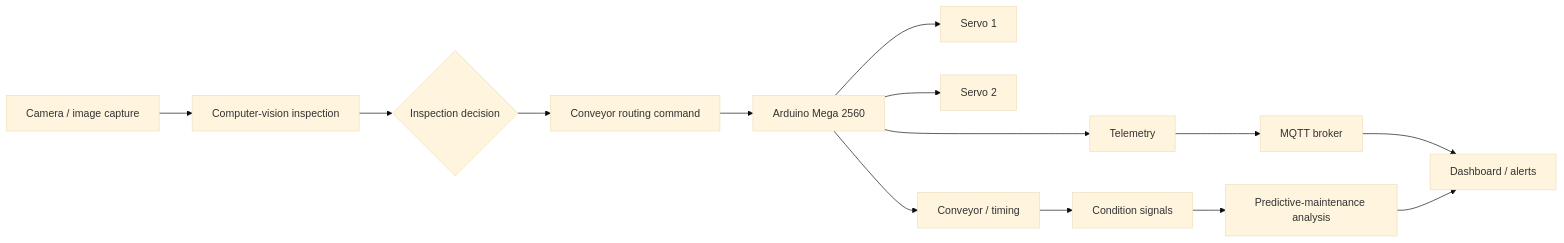
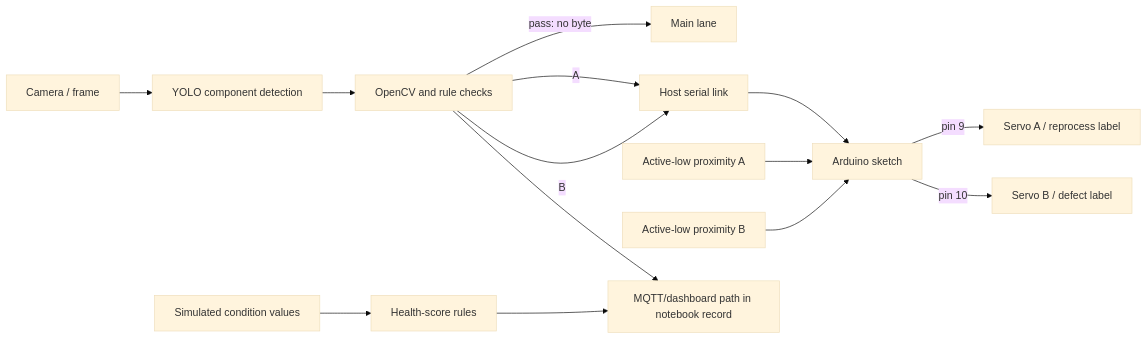
The diagram in README.md (DhiaAlhemdani/Advanced-AI-Driven-Industrial-Inspection-and-Sorting-System), drawn with Mermaid (base theme) before and after one commit. The commit also changed other lines of this file and 20 other files, not shown here.

````diff
--- a/README.md
+++ b/README.md
@@ -33,16 +52,16 @@
 ```mermaid
 flowchart LR
-    A[Camera / image capture] --> B[Computer-vision inspection]
-    B --> C{Inspection decision}
-    C --> D[Conveyor routing command]
-    D --> E[Arduino Mega 2560]
-    E --> F[Servo 1]
-    E --> G[Servo 2]
-    E --> H[Conveyor / timing]
-    E --> I[Telemetry]
-    I --> J[MQTT broker]
-    J --> K[Dashboard / alerts]
-    H --> L[Condition signals]
-    L --> M[Predictive-maintenance analysis]
-    M --> K
+    C[Camera / frame] --> Y[YOLO component detection]
+    Y --> R[OpenCV and rule checks]
+    R -->|pass: no byte| P[Main lane]
+    R -->|A| H[Host serial link]
+    R -->|B| H
+    H --> M[Arduino sketch]
+    SA[Active-low proximity A] --> M
+    SB[Active-low proximity B] --> M
+    M -->|pin 9| A[Servo A / reprocess label]
+    M -->|pin 10| B[Servo B / defect label]
+    R --> T[MQTT/dashboard path in notebook record]
+    VS[Simulated condition values] --> PM[Health-score rules]
+    PM --> T
 ```
````
